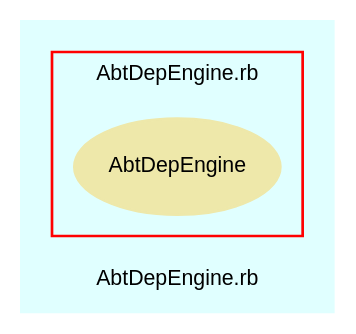
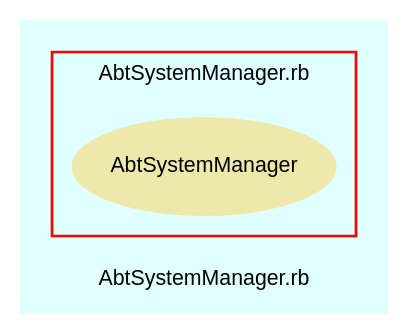
The diagram in src/trunk/doc/dot/f_7.dot (eschabell/abtlinux), drawn with Graphviz before and after one commit. The commit also changed 52 other files, not shown here.

```diff
--- a/src/trunk/doc/dot/f_7.dot
+++ b/src/trunk/doc/dot/f_7.dot
@@ -1,28 +1,28 @@
 digraph TopLevel {
     compound = true
     bgcolor = lightcyan1
     fontname = Arial
     fontsize = 8
-    label = "AbtDepEngine.rb"
+    label = "AbtSystemManager.rb"
     node [
         fontname = Arial,
         fontsize = 8,
         color = black
     ]
 
     subgraph cluster_8 {
         fontname = Arial
         color = red
-        label = "AbtDepEngine.rb"
-        AbtDepEngine [
+        label = "AbtSystemManager.rb"
+        AbtSystemManager [
             fontcolor = black,
-            URL = "classes/AbtDepEngine.html",
+            URL = "classes/AbtSystemManager.html",
             shape = ellipse,
             color = palegoldenrod,
             style = filled,
-            label = "AbtDepEngine"
+            label = "AbtSystemManager"
         ]
 
     }
 
 }
```
